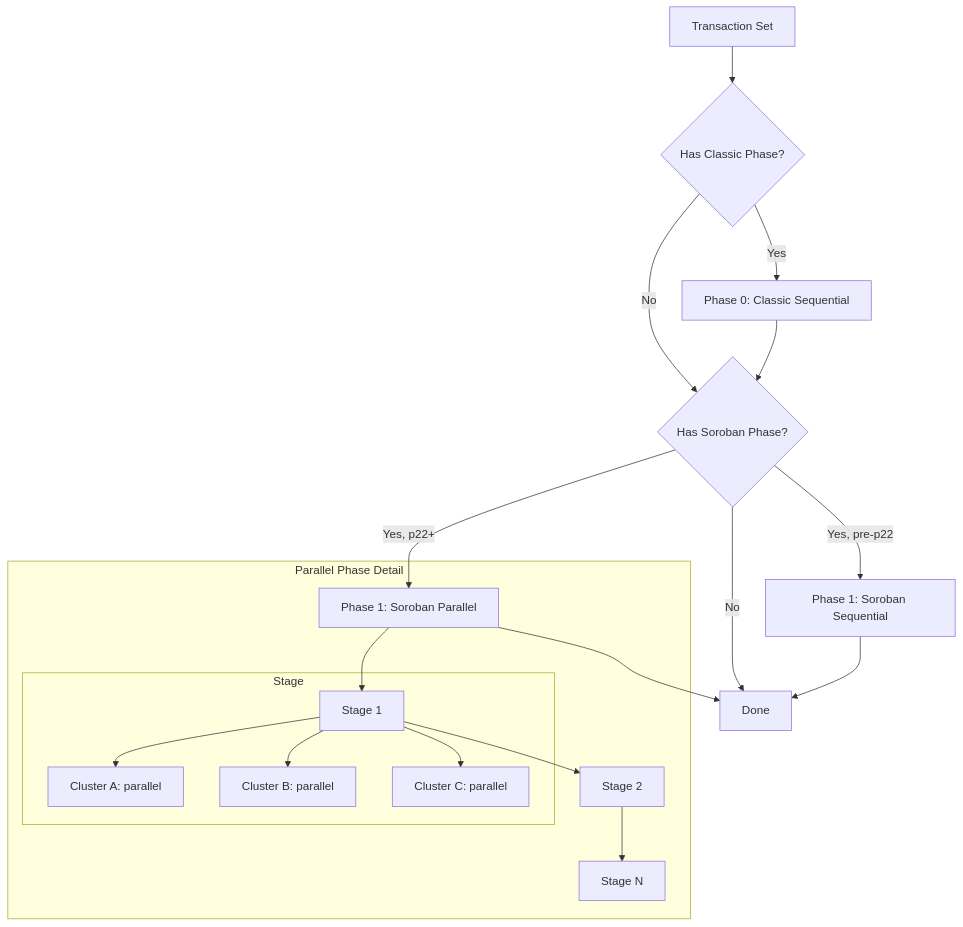
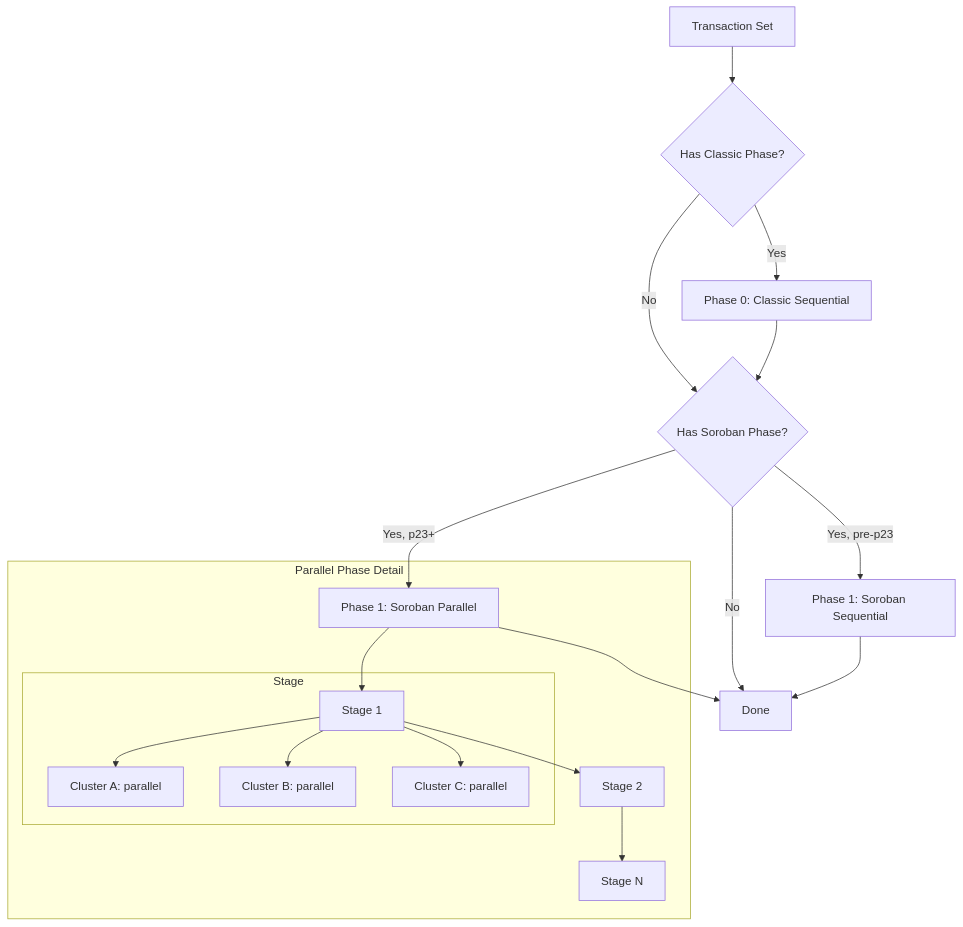
One commit to tomerweller/henyey changed the fifth of 5 diagrams in docs/stellar-specs/LEDGER_SPEC.md. Above: the diagram before and after it, drawn with Mermaid. The commit also changed other lines of this file and 6 other files, not shown here.

````diff
--- a/docs/stellar-specs/LEDGER_SPEC.md
+++ b/docs/stellar-specs/LEDGER_SPEC.md
@@ -1663,24 +1733,24 @@
 ```mermaid
 flowchart TD
     A[Transaction Set] --> B{Has Classic Phase?}
     B -->|Yes| C[Phase 0: Classic Sequential]
     B -->|No| D{Has Soroban Phase?}
     C --> D
-    D -->|Yes, p22+| E[Phase 1: Soroban Parallel]
-    D -->|Yes, pre-p22| F[Phase 1: Soroban Sequential]
+    D -->|Yes, p23+| E[Phase 1: Soroban Parallel]
+    D -->|Yes, pre-p23| F[Phase 1: Soroban Sequential]
     D -->|No| G[Done]
     E --> G
     F --> G
 
     subgraph "Parallel Phase Detail"
         E --> H[Stage 1]
         H --> I[Stage 2]
         I --> J[Stage N]
 
         subgraph "Stage"
             H --> K[Cluster A: parallel]
             H --> L[Cluster B: parallel]
             H --> M[Cluster C: parallel]
         end
     end
 ```
````
